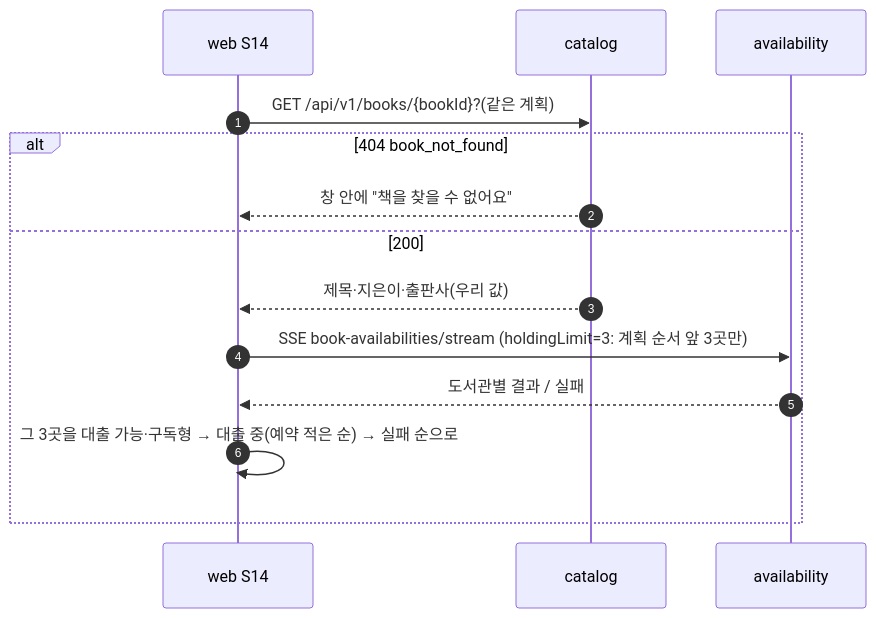
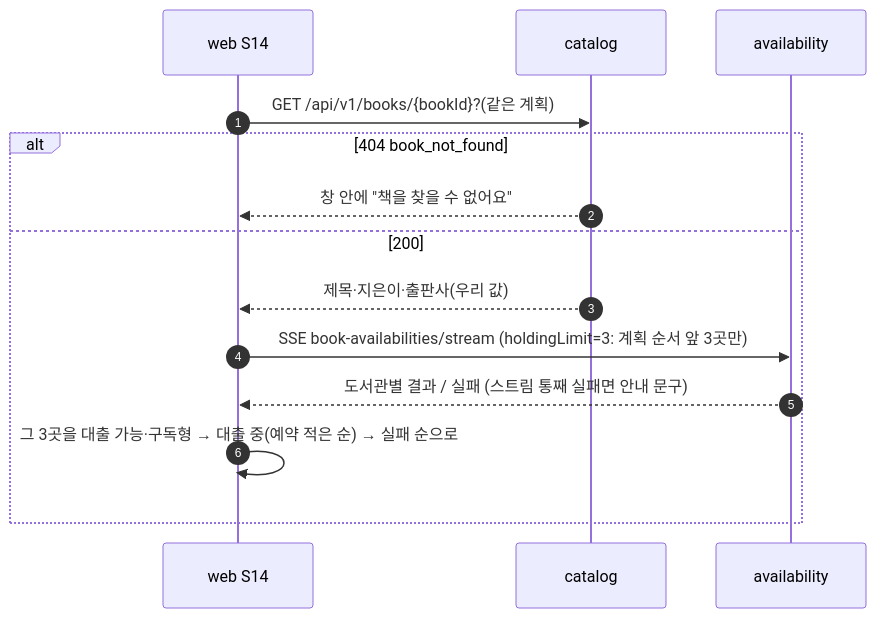
Before and after one commit to hodu-sketch/chaekcheck-plan: diagram 30 of 34 in docs/current/flows.md, drawn with Mermaid. The commit also changed other lines of this file and 20 other files, not shown here.

````diff
--- a/docs/current/flows.md
+++ b/docs/current/flows.md
@@ -889,16 +894,16 @@
 ```mermaid
 sequenceDiagram
   autonumber
   participant W as web S14
   participant C as catalog
   participant A as availability
   W->>C: GET /api/v1/books/{bookId}?(같은 계획)
   alt 404 book_not_found
     C-->>W: 창 안에 "책을 찾을 수 없어요"
   else 200
     C-->>W: 제목·지은이·출판사(우리 값)
     W->>A: SSE book-availabilities/stream (holdingLimit=3: 계획 순서 앞 3곳만)
-    A-->>W: 도서관별 결과 / 실패
+    A-->>W: 도서관별 결과 / 실패 (스트림 통째 실패면 안내 문구)
     W->>W: 그 3곳을 대출 가능·구독형 → 대출 중(예약 적은 순) → 실패 순으로
   end
 ```
````
